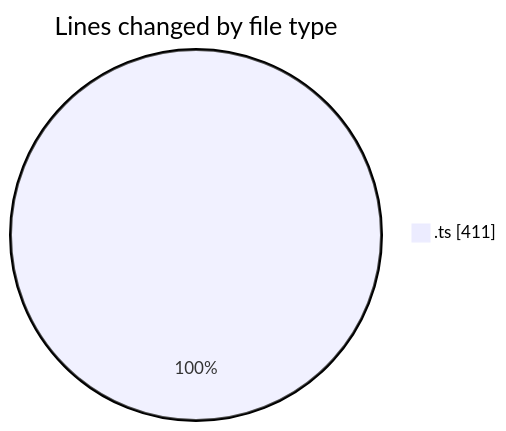
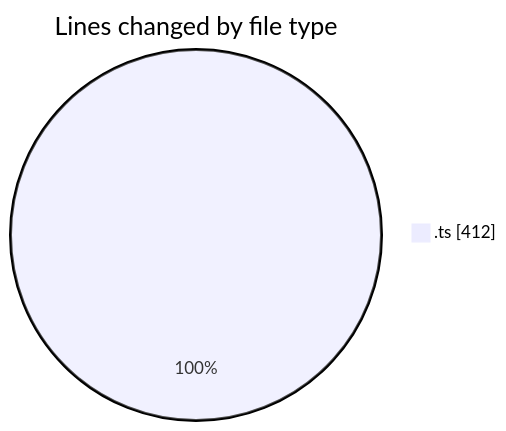
One commit to CELIANVF/code-tracking changed the first of 2 diagrams in 2025-06-03/ecodeli-1/README.md. Above: the diagram before and after it, drawn with Mermaid. The commit also changed other lines of this file and 1 other file, not shown here.

````diff
--- a/2025-06-03/ecodeli-1/README.md
+++ b/2025-06-03/ecodeli-1/README.md
@@ -26,5 +27,5 @@
 ```mermaid
 pie showData
 title Lines changed by file type
-".ts" : 411
+".ts" : 412
 ```
````
